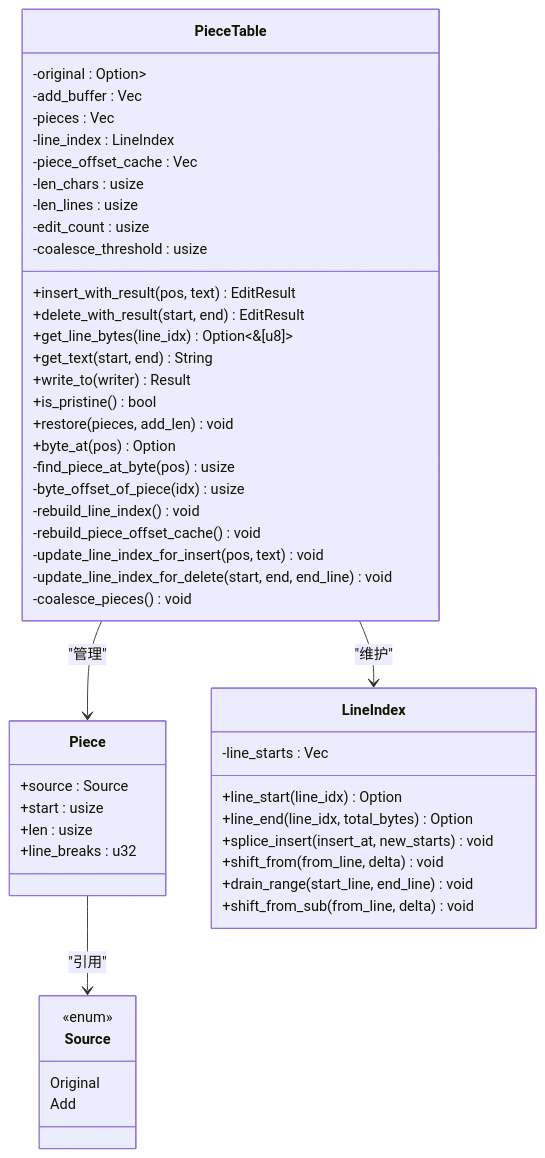
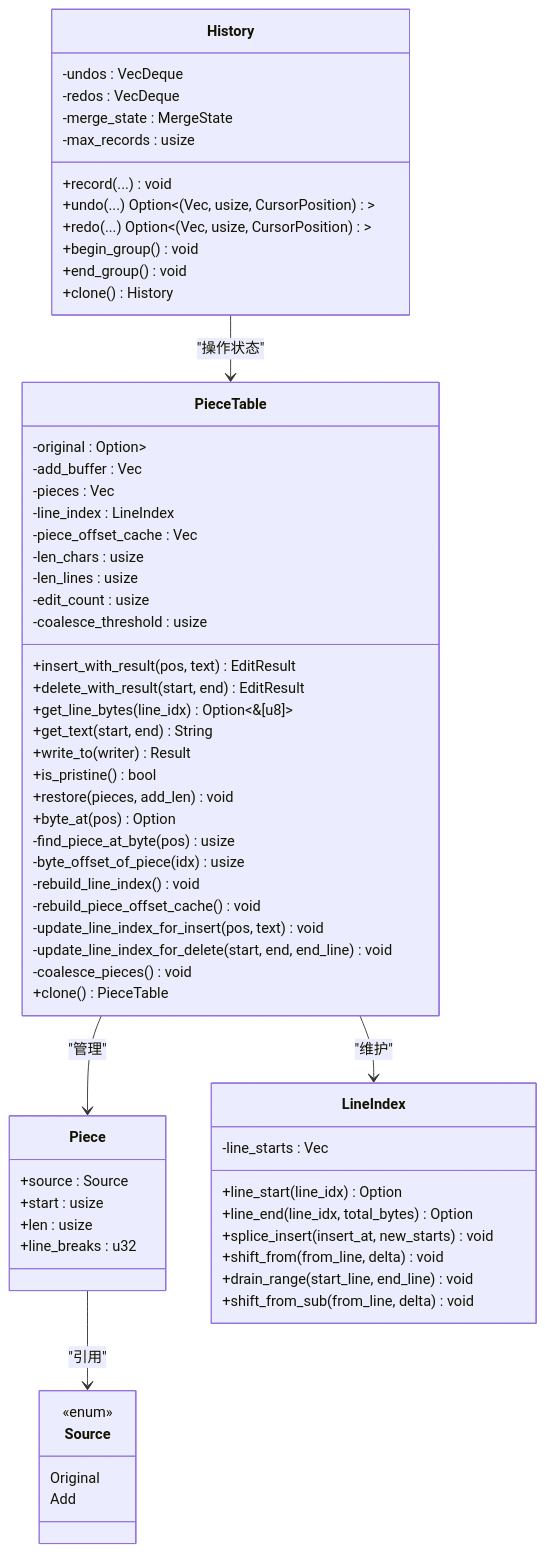
Before and after one commit to songdiyang/AetherStudio: the second of 6 diagrams in .qoder/repowiki/zh/content/架构设计/文本缓冲区系统/Piece Table 数据结构.md, drawn with Mermaid. The commit also changed other lines of this file and 3 other files, not shown here.

````diff
--- a/.qoder/repowiki/zh/content/架构设计/文本缓冲区系统/Piece Table 数据结构.md
+++ b/.qoder/repowiki/zh/content/架构设计/文本缓冲区系统/Piece Table 数据结构.md
@@ -74,52 +152,66 @@
 ```mermaid
 classDiagram
 class PieceTable {
 -original : Option<Arc<Mmap>>
 -add_buffer : Vec<u8>
 -pieces : Vec<Piece>
 -line_index : LineIndex
 -piece_offset_cache : Vec<usize>
 -len_chars : usize
 -len_lines : usize
 -edit_count : usize
 -coalesce_threshold : usize
 +insert_with_result(pos, text) EditResult
 +delete_with_result(start, end) EditResult
 +get_line_bytes(line_idx) Option<&[u8]>
 +get_text(start, end) String
 +write_to(writer) Result
 +is_pristine() bool
 +restore(pieces, add_len) void
 +byte_at(pos) Option<u8>
 -find_piece_at_byte(pos) usize
 -byte_offset_of_piece(idx) usize
 -rebuild_line_index() void
 -rebuild_piece_offset_cache() void
 -update_line_index_for_insert(pos, text) void
 -update_line_index_for_delete(start, end, end_line) void
 -coalesce_pieces() void
++clone() PieceTable
 }
 class Piece {
 +source : Source
 +start : usize
 +len : usize
 +line_breaks : u32
 }
 class Source {
 <<enum>>
 Original
 Add
 }
 class LineIndex {
 -line_starts : Vec<usize>
 +line_start(line_idx) Option<usize>
 +line_end(line_idx, total_bytes) Option<usize>
 +splice_insert(insert_at, new_starts) void
 +shift_from(from_line, delta) void
 +drain_range(start_line, end_line) void
 +shift_from_sub(from_line, delta) void
 }
+class History {
+-undos : VecDeque<EditRecord>
+-redos : VecDeque<EditRecord>
+-merge_state : MergeState
+-max_records : usize
++record(...) void
++undo(...) Option<(Vec<Piece>, usize, CursorPosition)>
++redo(...) Option<(Vec<Piece>, usize, CursorPosition)>
++begin_group() void
++end_group() void
++clone() History
+}
 PieceTable --> Piece : "管理"
 Piece --> Source : "引用"
 PieceTable --> LineIndex : "维护"
+History --> PieceTable : "操作状态"
 ```
````
